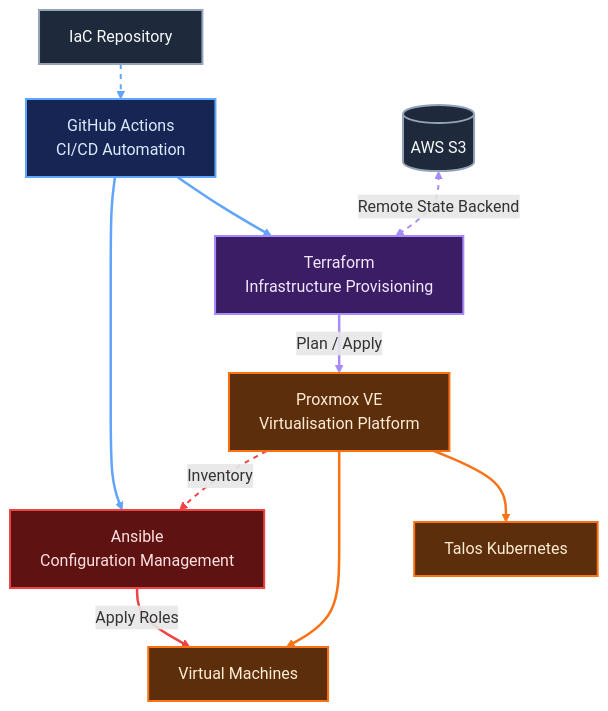
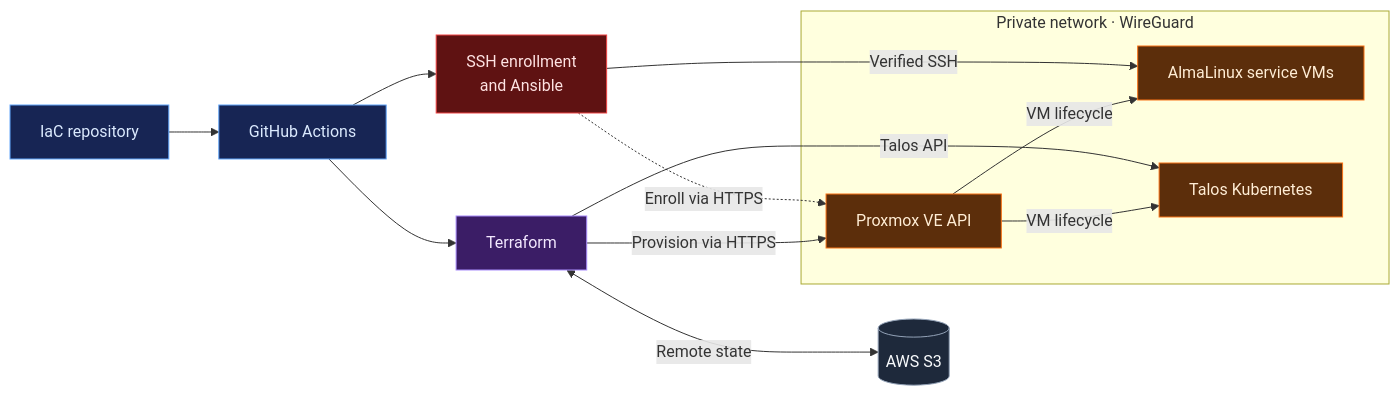
The diagram in README.md (rauland/iac), drawn with Mermaid before and after one commit. The commit also changed other lines of this file, not shown here.

Commit message:
docs: clarify architecture and fix Mermaid layout (#16)
Update the architecture diagram to show Proxmox API provisioning, SSH host-key enrollment, verified SSH configuration, and Talos API configuration. Simplify Mermaid labels and styling so the connections remain readable, and clarify the cloud-init ISO and guest-agent key flow in the accompanying text.

Validation: rendered and visually inspected the Mermaid diagram, confirmed the README contains the checked source, and ran git diff --check.

````diff
--- a/README.md
+++ b/README.md
@@ -9,39 +9,32 @@
 ```mermaid
----
-config:
-  flowchart:
-    curve: basis
-    nodeSpacing: 130
-    rankSpacing: 35
----
-flowchart TB
-    repo["IaC Repository"] --> actions["GitHub Actions<br/>CI/CD Automation"]
-    actions --> terraform["Terraform<br/>Infrastructure Provisioning"]
-    actions --> ansible["Ansible"]
-    state[("AWS S3")] <-->|Remote State Backend| terraform
-    terraform -->|Plan / Apply| proxmox["Proxmox VE<br/>Virtualisation Platform"]
-    proxmox --> talos["Talos Kubernetes"]
-    proxmox --> vms["Virtual Machines"]
-    proxmox -.->|Inventory| ansible["Ansible<br/>Configuration Management"]
-    ansible -->|Apply Roles| vms
+flowchart LR
+    repo["IaC repository"] --> actions["GitHub Actions"]
+    actions --> terraform["Terraform"]
+    actions --> ansible["SSH enrollment<br/>and Ansible"]
+    terraform <-->|Remote state| state[("AWS S3")]
 
-    classDef cloud fill:#1E293B,stroke:#94A3B8,color:#F8FAFC,stroke-width:2px
-    classDef cicd fill:#172554,stroke:#60A5FA,color:#DBEAFE,stroke-width:2px
-    classDef terraform fill:#3B1D66,stroke:#A78BFA,color:#F3E8FF,stroke-width:2px
-    classDef ansible fill:#5F1212,stroke:#EF4444,color:#FEE2E2,stroke-width:2px
-    classDef infra fill:#5C2E0B,stroke:#F97316,color:#FFEDD5,stroke-width:2px
+    subgraph private["Private network · WireGuard"]
+        proxmox["Proxmox VE API"]
+        vms["AlmaLinux service VMs"]
+        talos["Talos Kubernetes"]
+        proxmox -->|VM lifecycle| vms
+        proxmox -->|VM lifecycle| talos
+    end
 
-    class repo,state cloud
-    class actions cicd
-    class terraform terraform
-    class ansible ansible
-    class proxmox,vms,talos infra
+    terraform -->|Provision via HTTPS| proxmox
+    terraform -->|Talos API| talos
+    ansible -.->|Enroll via HTTPS| proxmox
+    ansible -->|Verified SSH| vms
 
-    linkStyle 0 stroke:#60A5FA,stroke-width:2px,stroke-dasharray:5 5
-    linkStyle 1,2 stroke:#60A5FA,stroke-width:2.5px
-    linkStyle 3 stroke:#A78BFA,stroke-width:2px,stroke-dasharray:5 5
-    linkStyle 4 stroke:#A78BFA,stroke-width:2.5px
-    linkStyle 5,6 stroke:#F97316,stroke-width:2.5px
-    linkStyle 7 stroke:#EF4444,stroke-width:2px,stroke-dasharray:5 5
-    linkStyle 8 stroke:#EF4444,stroke-width:2.5px
+    classDef automation fill:#172554,stroke:#60A5FA,color:#DBEAFE
+    classDef provisioning fill:#3B1D66,stroke:#A78BFA,color:#F3E8FF
+    classDef configuration fill:#5F1212,stroke:#EF4444,color:#FEE2E2
+    classDef storage fill:#1E293B,stroke:#94A3B8,color:#F8FAFC
+    classDef infrastructure fill:#5C2E0B,stroke:#F97316,color:#FFEDD5
+
+    class repo,actions automation
+    class terraform provisioning
+    class ansible configuration
+    class state storage
+    class proxmox,vms,talos infrastructure
 ```
````
